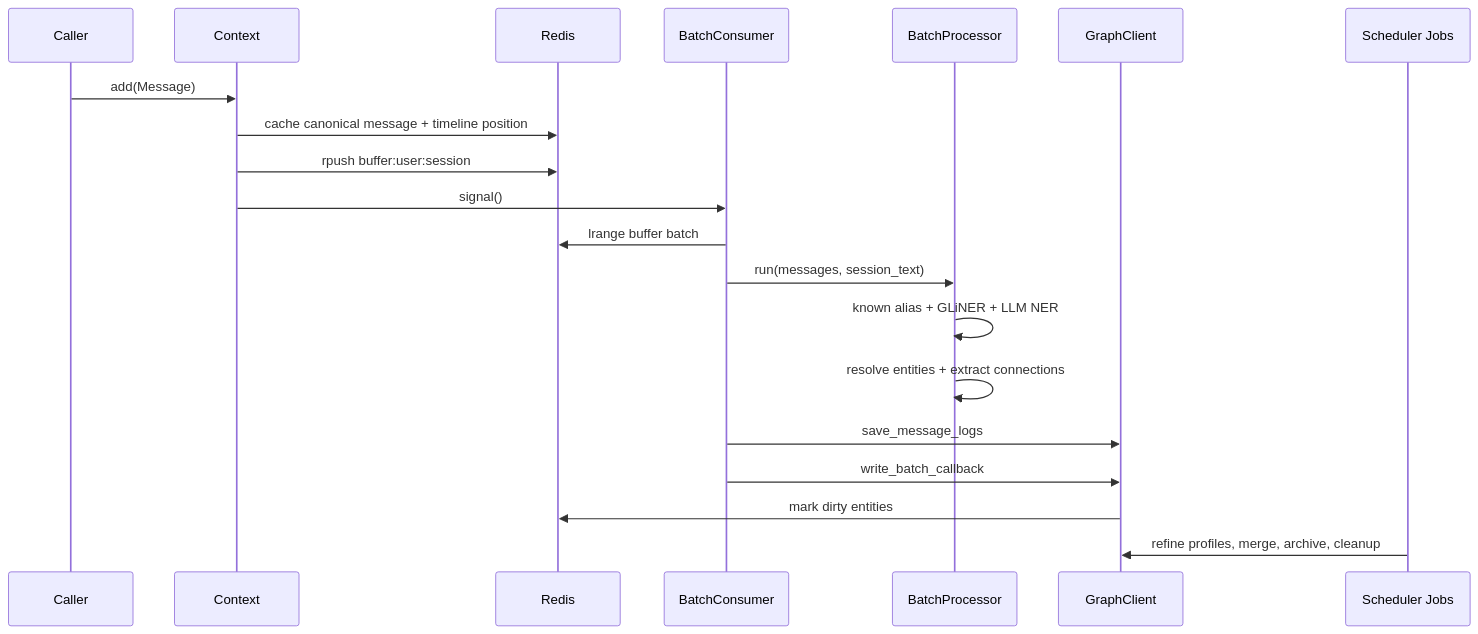
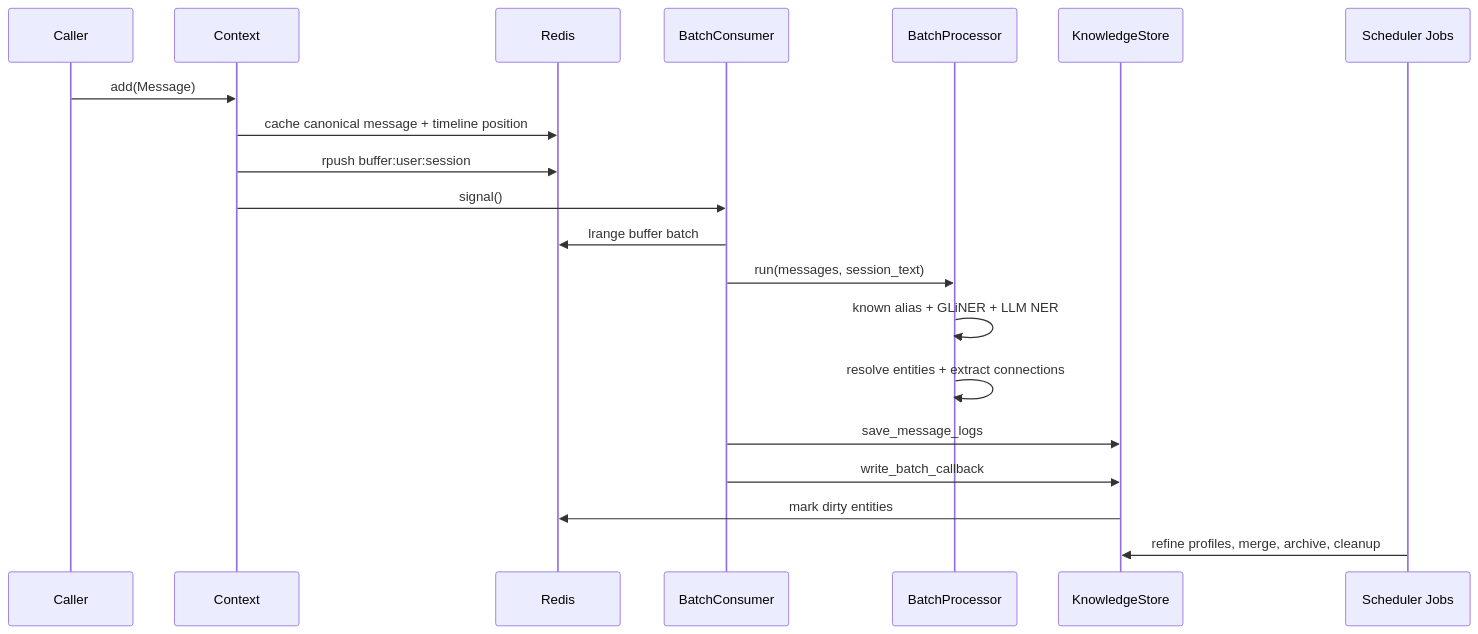
Before and after one commit to yinka3/knoggin: the second of 4 diagrams in knoggin-server/codebase-analysis-docs/CODEBASE_KNOWLEDGE.md, drawn with Mermaid. The commit also changed other lines of this file and 98 other files, not shown here.

````diff
--- a/knoggin-server/codebase-analysis-docs/CODEBASE_KNOWLEDGE.md
+++ b/knoggin-server/codebase-analysis-docs/CODEBASE_KNOWLEDGE.md
@@ -178,23 +178,23 @@
 ```mermaid
 sequenceDiagram
     participant Caller
     participant Context
     participant Redis
     participant Consumer as BatchConsumer
     participant Processor as BatchProcessor
-    participant Graph as GraphClient
+    participant Graph as KnowledgeStore
     participant Jobs as Scheduler Jobs
 
     Caller->>Context: add(Message)
     Context->>Redis: cache canonical message + timeline position
     Context->>Redis: rpush buffer:user:session
     Context->>Consumer: signal()
     Consumer->>Redis: lrange buffer batch
     Consumer->>Processor: run(messages, session_text)
     Processor->>Processor: known alias + GLiNER + LLM NER
     Processor->>Processor: resolve entities + extract connections
     Consumer->>Graph: save_message_logs
     Consumer->>Graph: write_batch_callback
     Graph->>Redis: mark dirty entities
     Jobs->>Graph: refine profiles, merge, archive, cleanup
 ```
````
